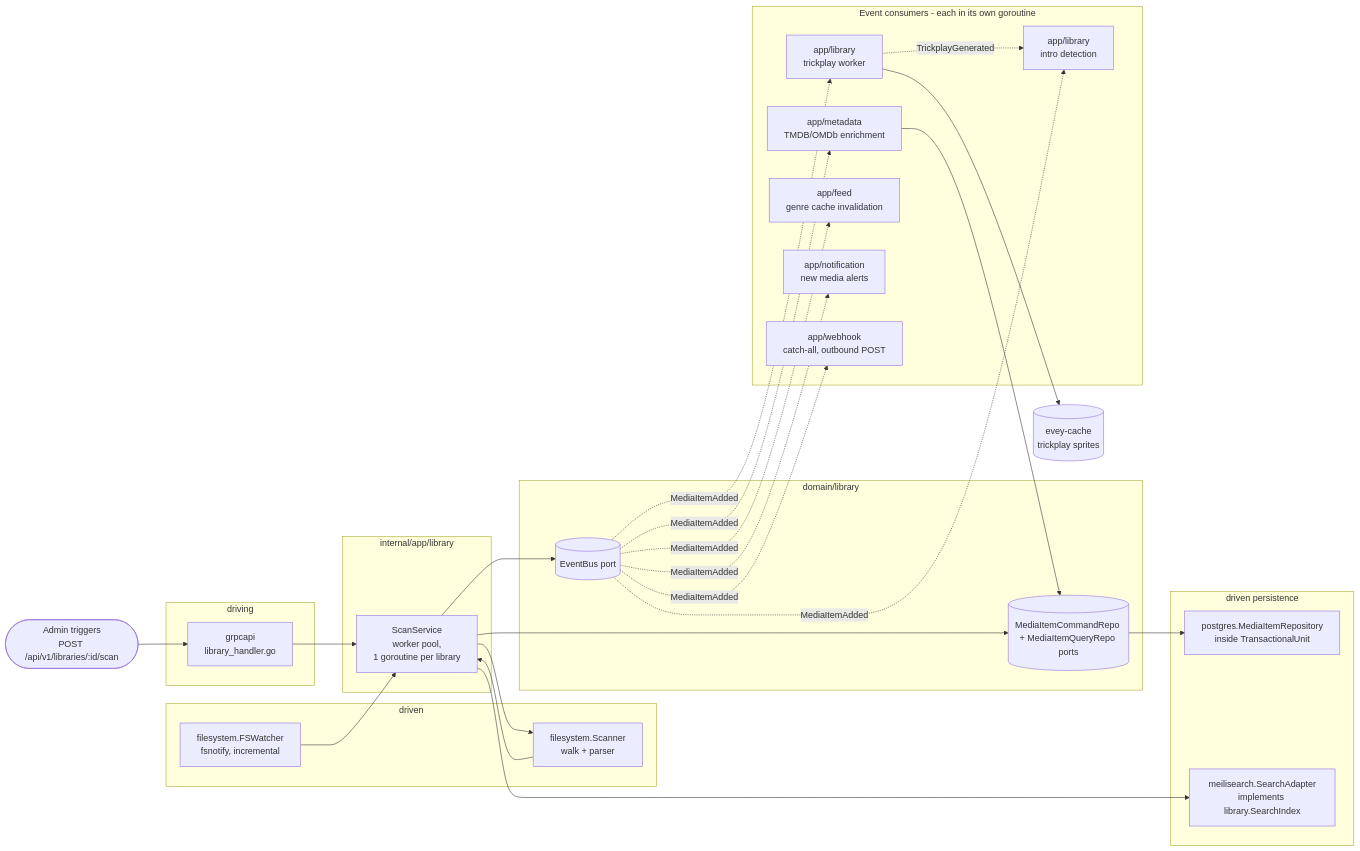
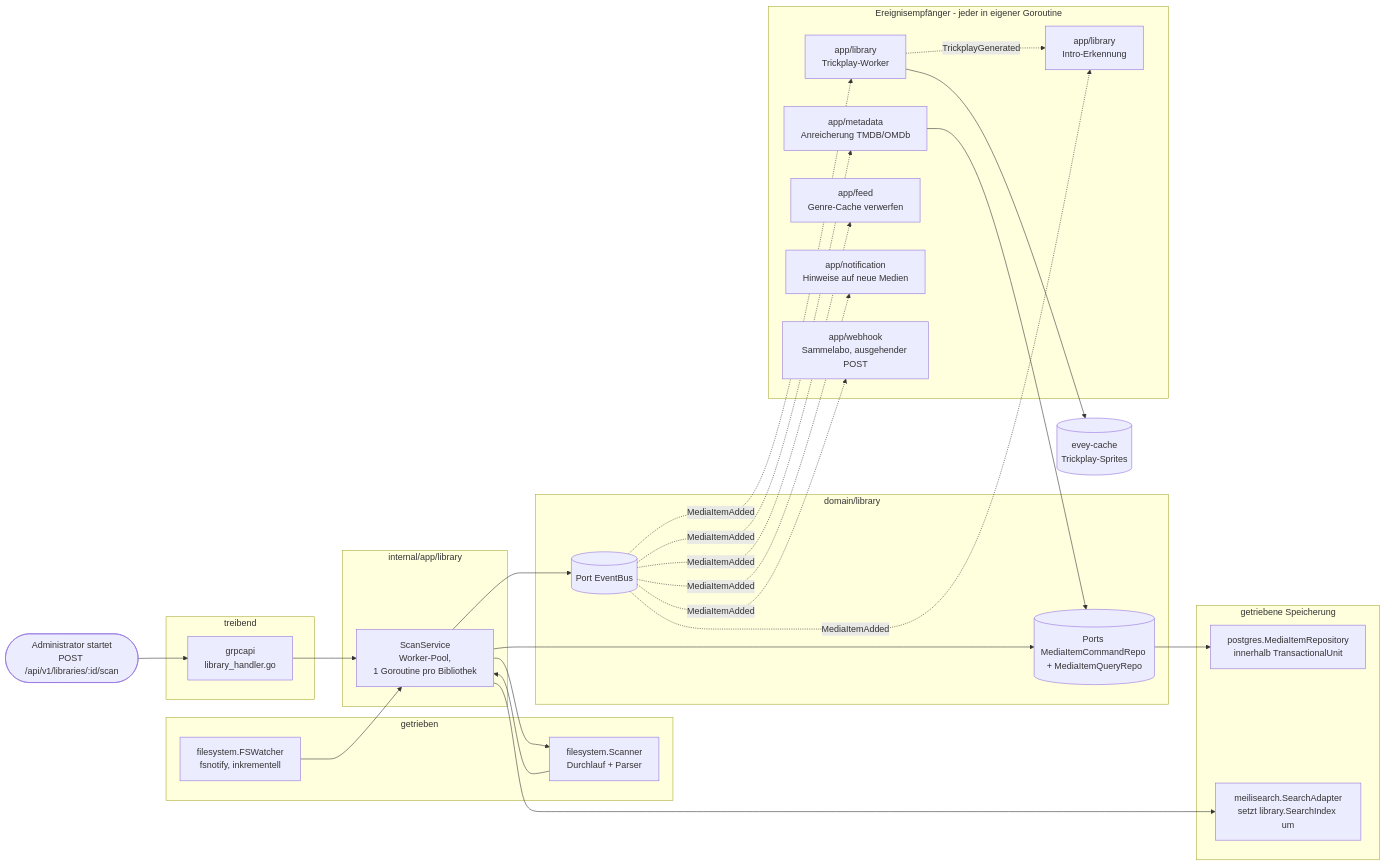
Before and after one commit to eveyproject/evey: the fifth of 5 diagrams in wiki/translations/de/ARCHITECTURE.md, drawn with Mermaid. The commit also changed other lines of this file and 14 other files, not shown here.

````diff
--- a/wiki/translations/de/ARCHITECTURE.md
+++ b/wiki/translations/de/ARCHITECTURE.md
@@ -301,54 +375,54 @@
 ```mermaid
 flowchart LR
-    user([Admin triggers<br/>POST /api/v1/libraries/:id/scan])
+    user([Administrator startet<br/>POST /api/v1/libraries/:id/scan])
 
-    subgraph driving2[driving]
+    subgraph driving2[treibend]
         h[grpcapi<br/>library_handler.go]
     end
 
     subgraph appLayer[internal/app/library]
-        svc[ScanService<br/>worker pool,<br/>1 goroutine per library]
+        svc[ScanService<br/>Worker-Pool,<br/>1 Goroutine pro Bibliothek]
     end
 
-    subgraph drivenScan[driven]
-        scanner[filesystem.Scanner<br/>walk + parser]
-        watcher[filesystem.FSWatcher<br/>fsnotify, incremental]
+    subgraph drivenScan[getrieben]
+        scanner[filesystem.Scanner<br/>Durchlauf + Parser]
+        watcher[filesystem.FSWatcher<br/>fsnotify, inkrementell]
     end
 
     subgraph domainScan[domain/library]
-        repo[(MediaItemCommandRepo + MediaItemQueryRepo ports)]
-        bus[(EventBus port)]
+        repo[(Ports MediaItemCommandRepo + MediaItemQueryRepo)]
+        bus[(Port EventBus)]
     end
 
-    subgraph persist[driven persistence]
-        pgrepo[postgres.MediaItemRepository<br/>inside TransactionalUnit]
-        searchidx[meilisearch.SearchAdapter<br/>implements library.SearchIndex]
+    subgraph persist[getriebene Speicherung]
+        pgrepo[postgres.MediaItemRepository<br/>innerhalb TransactionalUnit]
+        searchidx[meilisearch.SearchAdapter<br/>setzt library.SearchIndex um]
     end
 
-    subgraph consumers[Event consumers - each in its own goroutine]
-        meta[app/metadata<br/>TMDB/OMDb enrichment]
-        trick[app/library<br/>trickplay worker]
-        intro[app/library<br/>intro detection]
-        feed[app/feed<br/>genre cache invalidation]
-        notif[app/notification<br/>new media alerts]
-        wh[app/webhook<br/>catch-all, outbound POST]
+    subgraph consumers[Ereignisempfänger - jeder in eigener Goroutine]
+        meta[app/metadata<br/>Anreicherung TMDB/OMDb]
+        trick[app/library<br/>Trickplay-Worker]
+        intro[app/library<br/>Intro-Erkennung]
+        feed[app/feed<br/>Genre-Cache verwerfen]
+        notif[app/notification<br/>Hinweise auf neue Medien]
+        wh[app/webhook<br/>Sammelabo, ausgehender POST]
     end
 
     user --> h --> svc
     svc --> scanner
     watcher --> svc
     scanner --> svc
     svc --> repo
     repo --> pgrepo
     svc --> searchidx
     svc --> bus
     bus -. MediaItemAdded .-> meta
     bus -. MediaItemAdded .-> trick
     bus -. MediaItemAdded .-> intro
     bus -. MediaItemAdded .-> feed
     bus -. MediaItemAdded .-> notif
     bus -. MediaItemAdded .-> wh
     trick -. TrickplayGenerated .-> intro
     meta --> repo
-    trick --> ffstore[(evey-cache<br/>trickplay sprites)]
+    trick --> ffstore[(evey-cache<br/>Trickplay-Sprites)]
 ```
````
